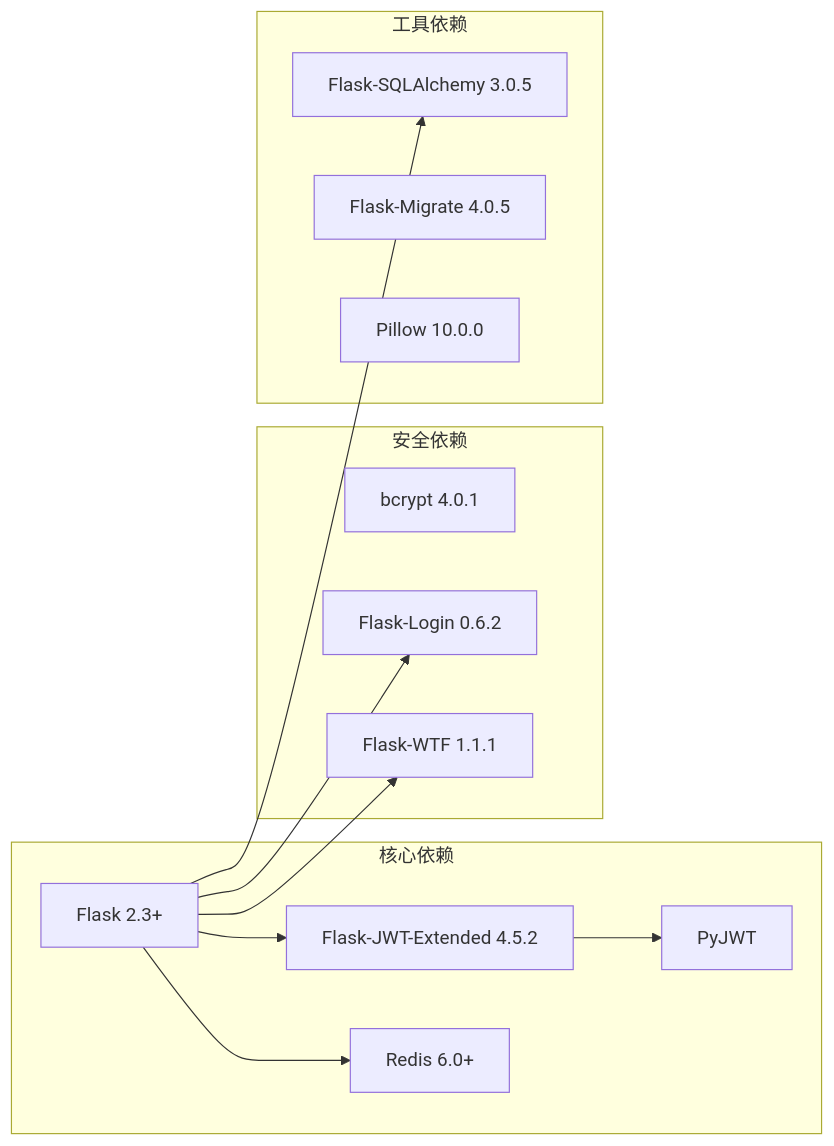
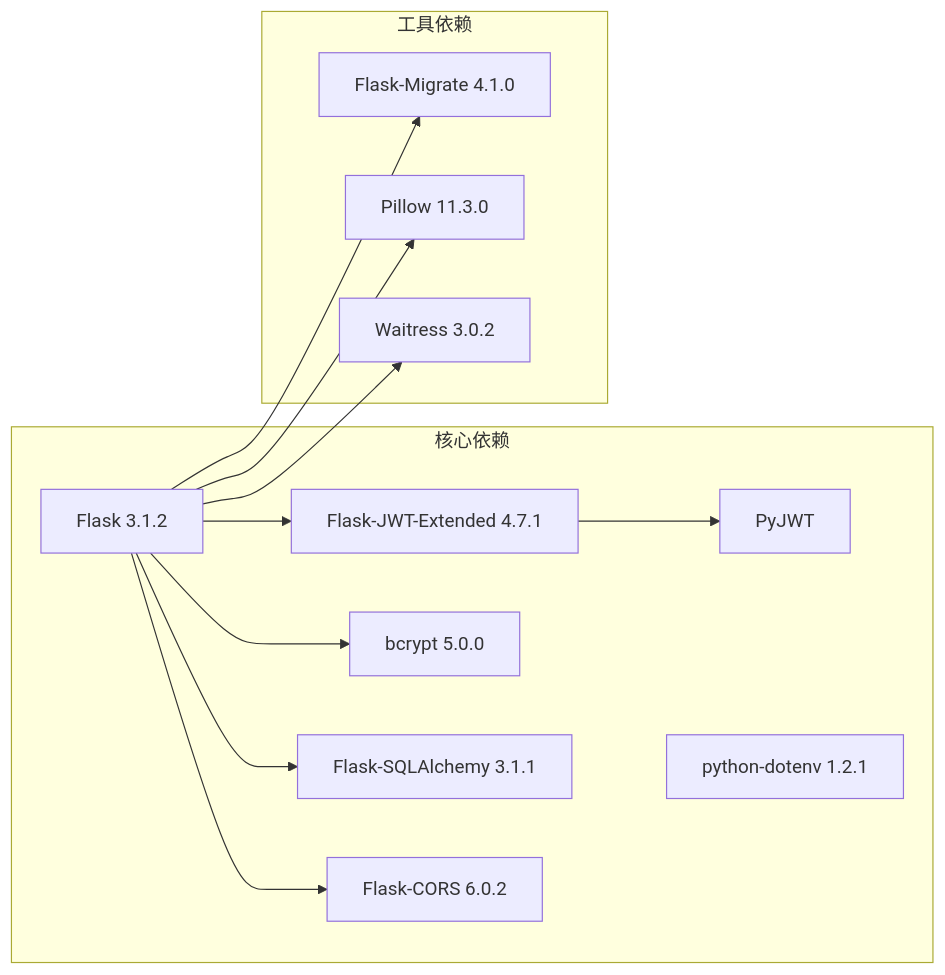
Before and after one commit to wyg5208/website_diy: the fifth of 5 diagrams in .qoder/repowiki/zh/content/安全设计/认证与授权/JWT身份验证.md, drawn with Mermaid. The commit also changed other lines of this file and 43 other files, not shown here.

````diff
--- a/.qoder/repowiki/zh/content/安全设计/认证与授权/JWT身份验证.md
+++ b/.qoder/repowiki/zh/content/安全设计/认证与授权/JWT身份验证.md
@@ -299,25 +310,25 @@
 ```mermaid
 graph LR
 subgraph "核心依赖"
-Flask[Flask 2.3+]
-JWTExt[Flask-JWT-Extended 4.5.2]
+Flask[Flask 3.1.2]
+JWTExt[Flask-JWT-Extended 4.7.1]
 PyJWT[PyJWT]
-Redis[Redis 6.0+]
-end
-subgraph "安全依赖"
-bcrypt[bcrypt 4.0.1]
-FlaskLogin[Flask-Login 0.6.2]
-FlaskWTF[Flask-WTF 1.1.1]
+bcrypt[bcrypt 5.0.0]
+SQLAlchemy[Flask-SQLAlchemy 3.1.1]
+CORS[Flask-CORS 6.0.2]
+dotenv[python-dotenv 1.2.1]
 end
 subgraph "工具依赖"
-SQLAlchemy[Flask-SQLAlchemy 3.0.5]
-Migrate[Flask-Migrate 4.0.5]
-Pillow[Pillow 10.0.0]
+Migrate[Flask-Migrate 4.1.0]
+Pillow[Pillow 11.3.0]
+Waitress[Waitress 3.0.2]
 end
 Flask --> JWTExt
-Flask --> FlaskLogin
-Flask --> FlaskWTF
+Flask --> SQLAlchemy
+Flask --> CORS
 JWTExt --> PyJWT
-Flask --> Redis
-Flask --> SQLAlchemy
+Flask --> bcrypt
+Flask --> Migrate
+Flask --> Pillow
+Flask --> Waitress
 ```
````
